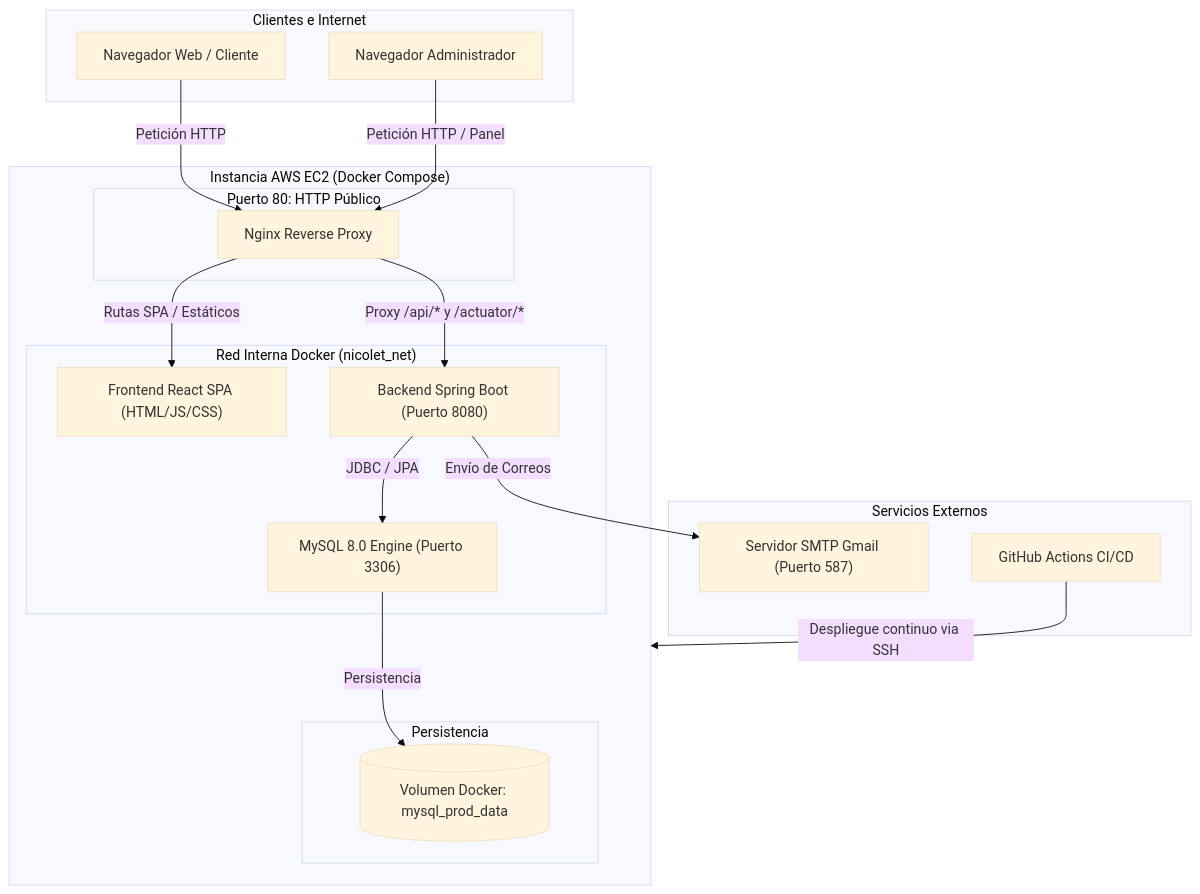
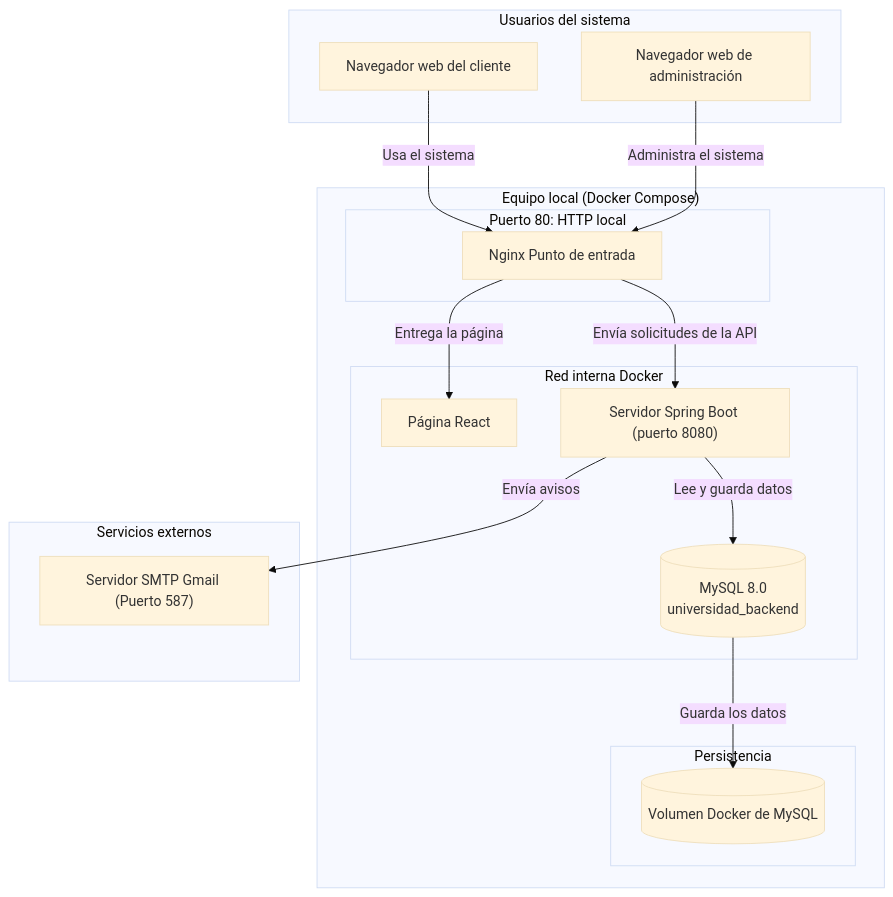
The second of 4 diagrams in README.md (Felipex360x/Agendamiento-Cita-Main), drawn with Mermaid (base theme) before and after one commit. The commit also changed other lines of this file and 74 other files, not shown here.

````diff
--- a/README.md
+++ b/README.md
@@ -102,40 +140,38 @@
 ```mermaid
 flowchart TD
-    subgraph Internet ["Clientes e Internet"]
-        UserBrowser["Navegador Web / Cliente"]
-        AdminBrowser["Navegador Administrador"]
+    subgraph Internet ["Usuarios del sistema"]
+        UserBrowser["Navegador web del cliente"]
+        AdminBrowser["Navegador web de administración"]
     end
 
-    subgraph AWS ["Instancia AWS EC2 (Docker Compose)"]
-        subgraph Port80 ["Puerto 80: HTTP Público"]
-            Nginx["Nginx Reverse Proxy"]
+    subgraph Equipo ["Equipo local (Docker Compose)"]
+        subgraph Port80 ["Puerto 80: HTTP local"]
+            Nginx["Nginx Punto de entrada"]
         end
 
-        subgraph Contenedores ["Red Interna Docker (nicolet_net)"]
-            ReactApp["Frontend React SPA (HTML/JS/CSS)"]
-            SpringBoot["Backend Spring Boot (Puerto 8080)"]
-            MySQLDB["MySQL 8.0 Engine (Puerto 3306)"]
+        subgraph Contenedores ["Red interna Docker"]
+            ReactApp["Página React"]
+            SpringBoot["Servidor Spring Boot (puerto 8080)"]
+            MySQLDB[("MySQL 8.0\nuniversidad_backend")]
         end
 
         subgraph Almacenamiento ["Persistencia"]
-            VolMySQL[("Volumen Docker: mysql_prod_data")]
+            VolMySQL[("Volumen Docker de MySQL")]
         end
     end
 
-    subgraph Externos ["Servicios Externos"]
+    subgraph Externos ["Servicios externos"]
         SMTPGmail["Servidor SMTP Gmail (Puerto 587)"]
-        GitHubCI["GitHub Actions CI/CD"]
     end
 
-    UserBrowser -->|Petición HTTP| Nginx
-    AdminBrowser -->|Petición HTTP / Panel| Nginx
+    UserBrowser -->|Usa el sistema| Nginx
+    AdminBrowser -->|Administra el sistema| Nginx
 
-    Nginx -->|Rutas SPA / Estáticos| ReactApp
-    Nginx -->|Proxy /api/* y /actuator/*| SpringBoot
+    Nginx -->|Entrega la página| ReactApp
+    Nginx -->|Envía solicitudes de la API| SpringBoot
 
-    SpringBoot -->|JDBC / JPA| MySQLDB
-    MySQLDB -->|Persistencia| VolMySQL
-    SpringBoot -->|Envío de Correos| SMTPGmail
+    SpringBoot -->|Lee y guarda datos| MySQLDB
+    MySQLDB -->|Guarda los datos| VolMySQL
+    SpringBoot -->|Envía avisos| SMTPGmail
 
-    GitHubCI -->|Despliegue continuo via SSH| AWS
 ```
````
